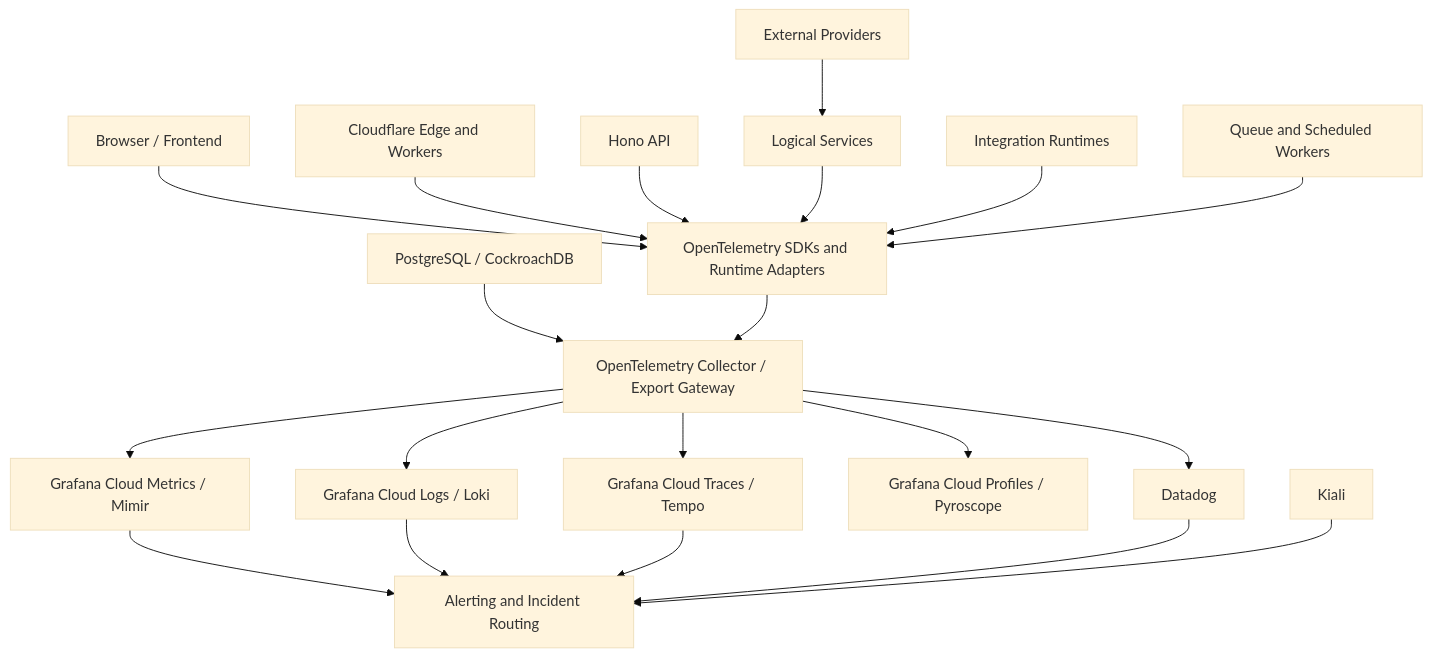
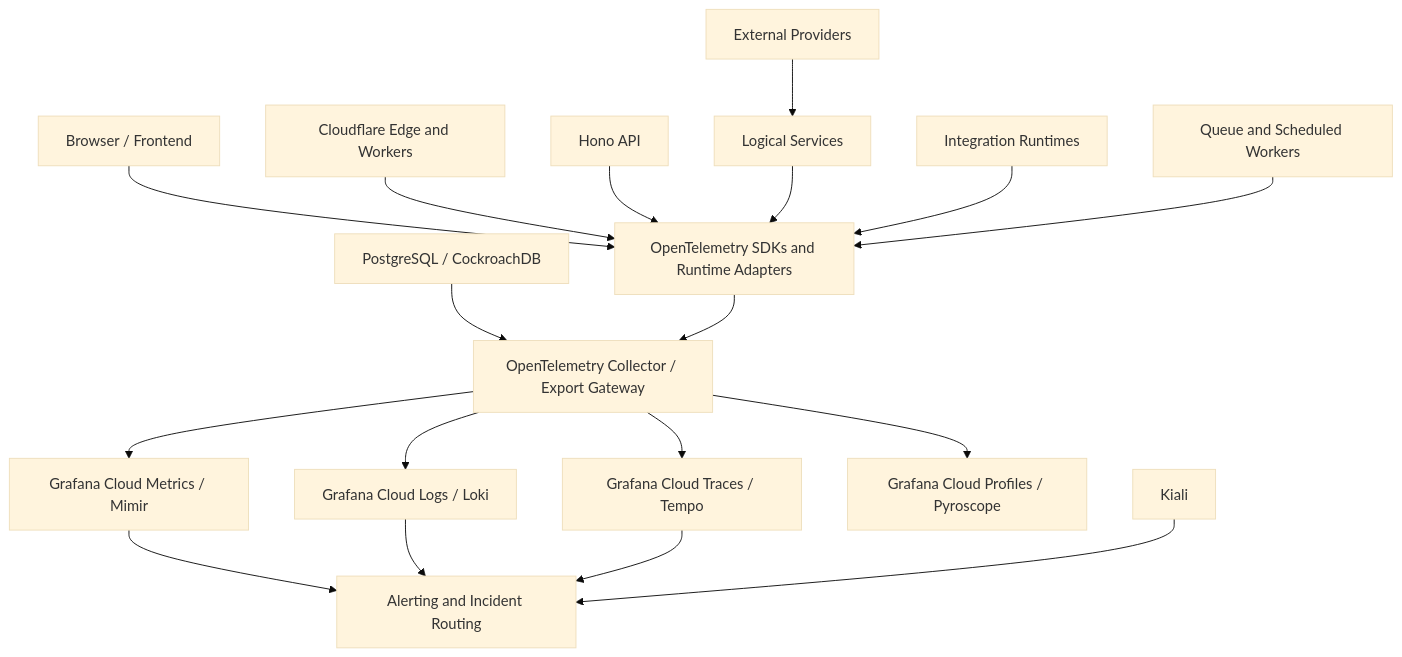
Before and after one commit to SinLess-Games/Aerealith: the first of 2 diagrams in docs/architecture/Observability Architecture.md, drawn with Mermaid (base theme). The commit also changed other lines of this file, not shown here.

Commit message:
docs(observability): remove Datadog from target architecture

````diff
--- a/docs/architecture/Observability Architecture.md
+++ b/docs/architecture/Observability Architecture.md
@@ -445,44 +428,41 @@
 ```mermaid
 flowchart TD
   Browser["Browser / Frontend"]
   Edge["Cloudflare Edge and Workers"]
   API["Hono API"]
   Services["Logical Services"]
   Integrations["Integration Runtimes"]
   Workers["Queue and Scheduled Workers"]
   Database["PostgreSQL / CockroachDB"]
   Providers["External Providers"]
 
   SDK["OpenTelemetry SDKs and Runtime Adapters"]
   Collector["OpenTelemetry Collector / Export Gateway"]
 
   Mimir["Grafana Cloud Metrics / Mimir"]
   Loki["Grafana Cloud Logs / Loki"]
   Tempo["Grafana Cloud Traces / Tempo"]
   Pyroscope["Grafana Cloud Profiles / Pyroscope"]
-  Datadog["Datadog"]
   Kiali["Kiali"]
   Alerts["Alerting and Incident Routing"]
 
   Browser --> SDK
   Edge --> SDK
   API --> SDK
   Services --> SDK
   Integrations --> SDK
   Workers --> SDK
   Database --> Collector
   Providers --> Services
 
   SDK --> Collector
   Collector --> Mimir
   Collector --> Loki
   Collector --> Tempo
   Collector --> Pyroscope
-  Collector --> Datadog
 
   Mimir --> Alerts
   Loki --> Alerts
   Tempo --> Alerts
-  Datadog --> Alerts
   Kiali --> Alerts
 ```
````
